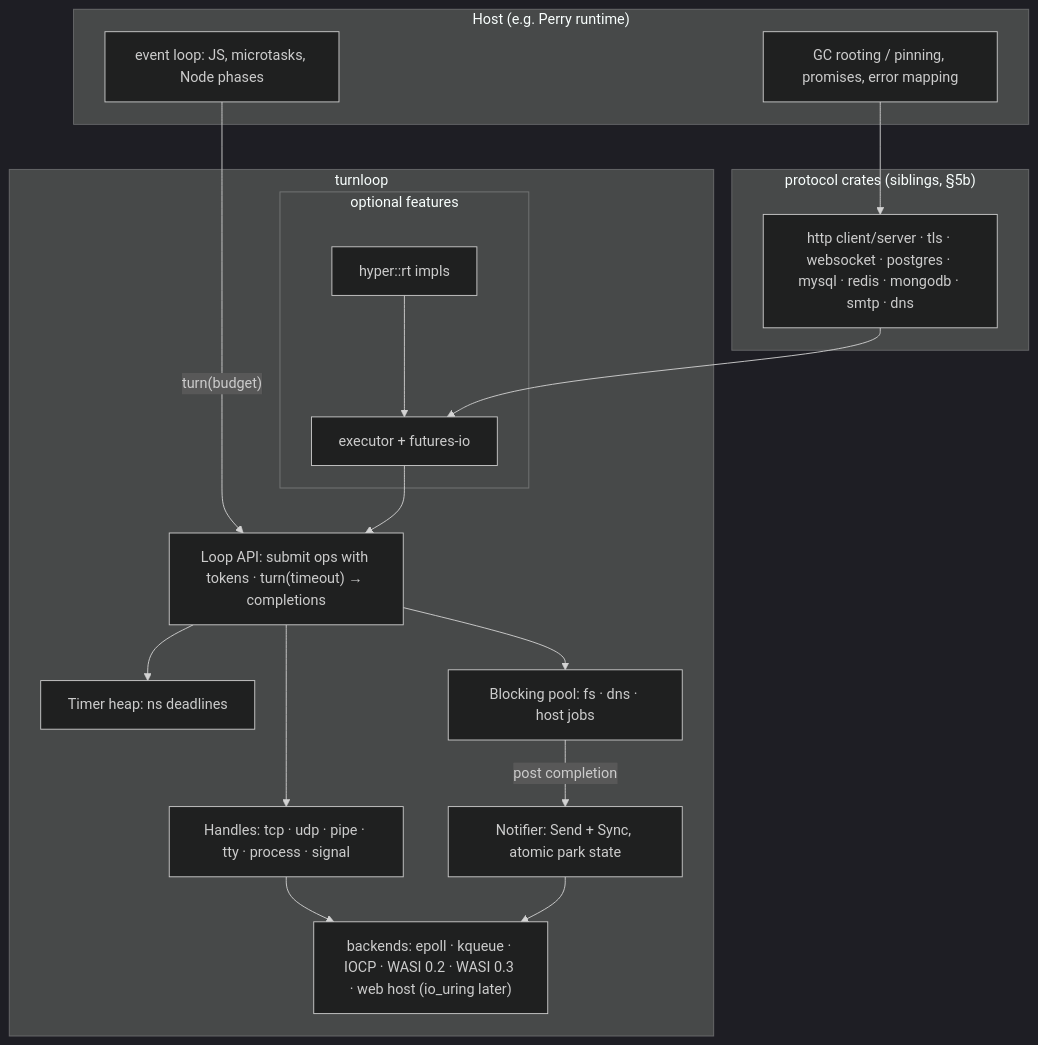
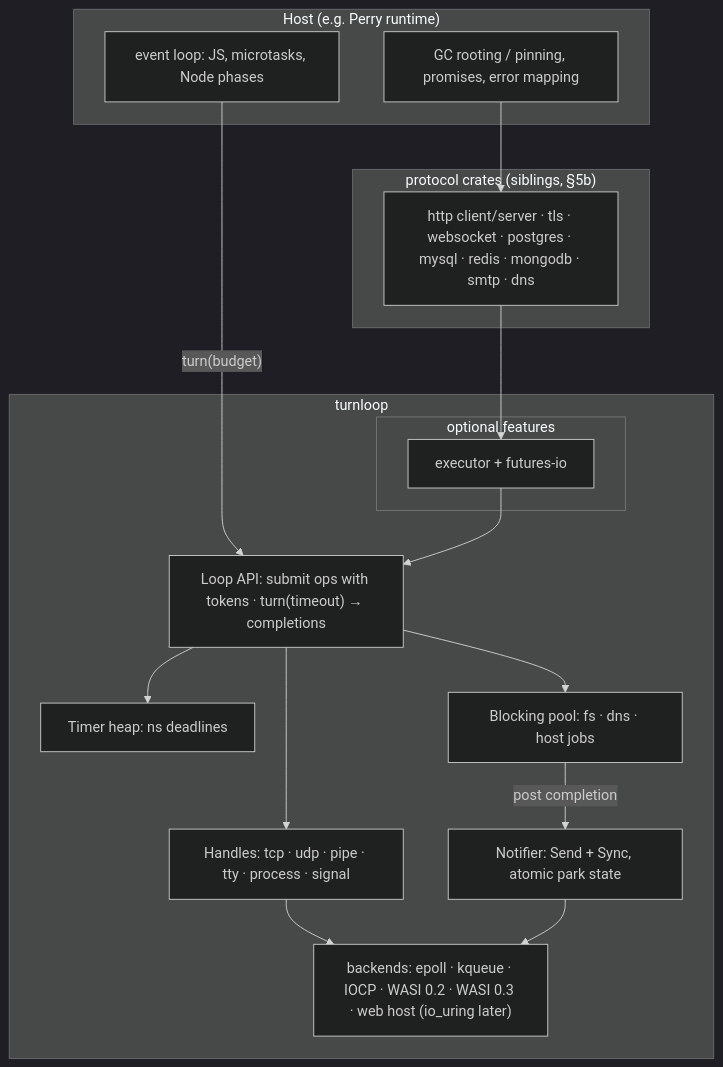
One commit to PerryTS/turnloop changed the diagram in DESIGN.md. Above: the diagram before and after it, drawn with Mermaid (dark theme). The commit also changed other lines of this file, not shown here.

````diff
--- a/DESIGN.md
+++ b/DESIGN.md
@@ -86,31 +86,29 @@
 ```mermaid
 flowchart TB
   subgraph Host["Host (e.g. Perry runtime)"]
     H1["event loop: JS, microtasks, Node phases"]
     H2["GC rooting / pinning, promises, error mapping"]
   end
   subgraph W["turnloop"]
     API["Loop API: submit ops with tokens · turn(timeout) → completions"]
     TM["Timer heap: ns deadlines"]
     NT["Notifier: Send + Sync, atomic park state"]
     HD["Handles: tcp · udp · pipe · tty · process · signal"]
     BP["Blocking pool: fs · dns · host jobs"]
     SYS["backends: epoll · kqueue · IOCP · WASI 0.2 · WASI 0.3 · web host (io_uring later)"]
     subgraph OPT["optional features"]
       EX["executor + futures-io"]
-      HR["hyper::rt impls"]
     end
   end
   subgraph P["protocol crates (siblings, §5b)"]
     PR["http client/server · tls · websocket · postgres · mysql · redis · mongodb · smtp · dns"]
   end
   H1 -- "turn(budget)" --> API
   API --> TM & HD & BP
   HD --> SYS
   NT --> SYS
   BP -- "post completion" --> NT
   EX --> API
-  HR --> EX
   PR --> EX
   H2 --> PR
 ```
````
